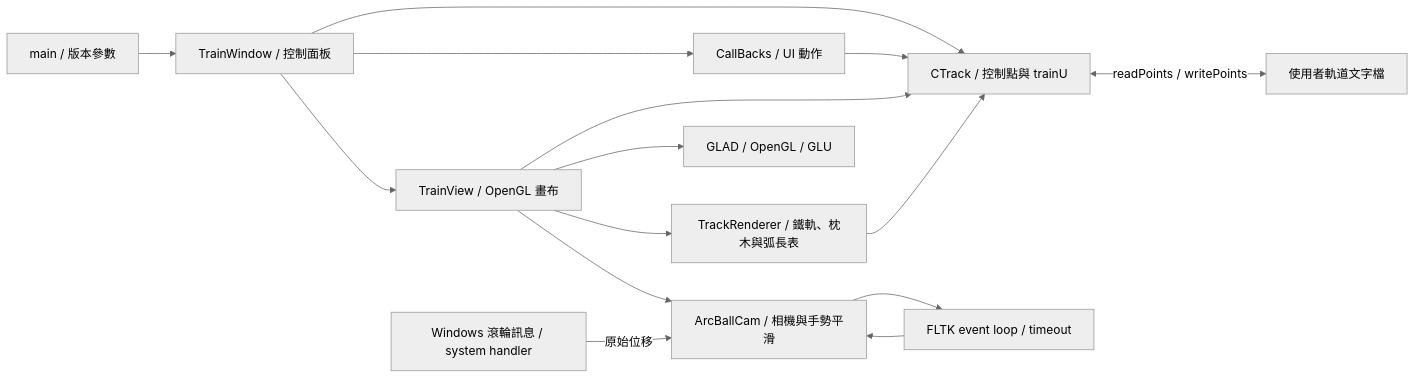
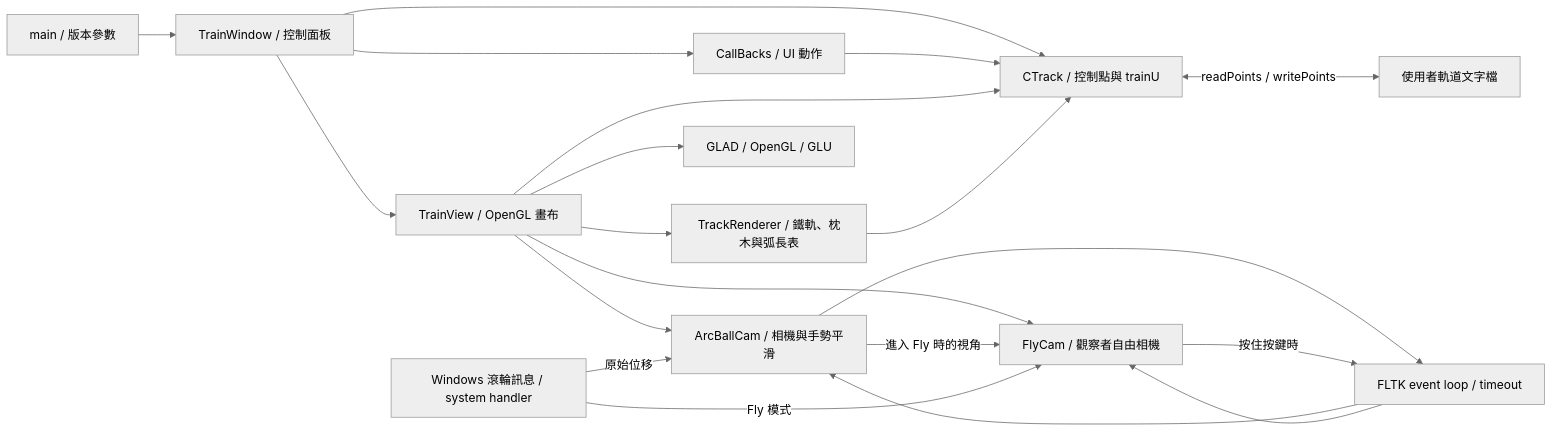
The diagram in docs/architecture.md (wj6wj6/RollerCoasters), drawn with Mermaid (neutral theme) before and after one commit. The commit also changed other lines of this file and 14 other files, not shown here.

First line of the commit message:
feat(camera): add a free-fly observer camera mode

````diff
--- a/docs/architecture.md
+++ b/docs/architecture.md
@@ -3,17 +3,22 @@
 ```mermaid
 flowchart LR
     Main[main / 版本參數] --> Window[TrainWindow / 控制面板]
     Window --> View[TrainView / OpenGL 畫布]
     Window --> Track[CTrack / 控制點與 trainU]
     Window --> Callbacks[CallBacks / UI 動作]
     Callbacks --> Track
     View --> Track
     View --> Rails[TrackRenderer / 鐵軌、枕木與弧長表]
     Rails --> Track
     View --> Camera[ArcBallCam / 相機與手勢平滑]
+    View --> Fly[FlyCam / 觀察者自由相機]
+    Camera -->|進入 Fly 時的視角| Fly
     Camera --> Timer[FLTK event loop / timeout]
     Timer --> Camera
+    Fly -->|按住按鍵時| Timer
+    Timer --> Fly
     Wheel[Windows 滾輪訊息 / system handler] -->|原始位移| Camera
+    Wheel -->|Fly 模式| Fly
     Track <-->|readPoints / writePoints| File[使用者軌道文字檔]
     View --> GL[GLAD / OpenGL / GLU]
 ```
````
